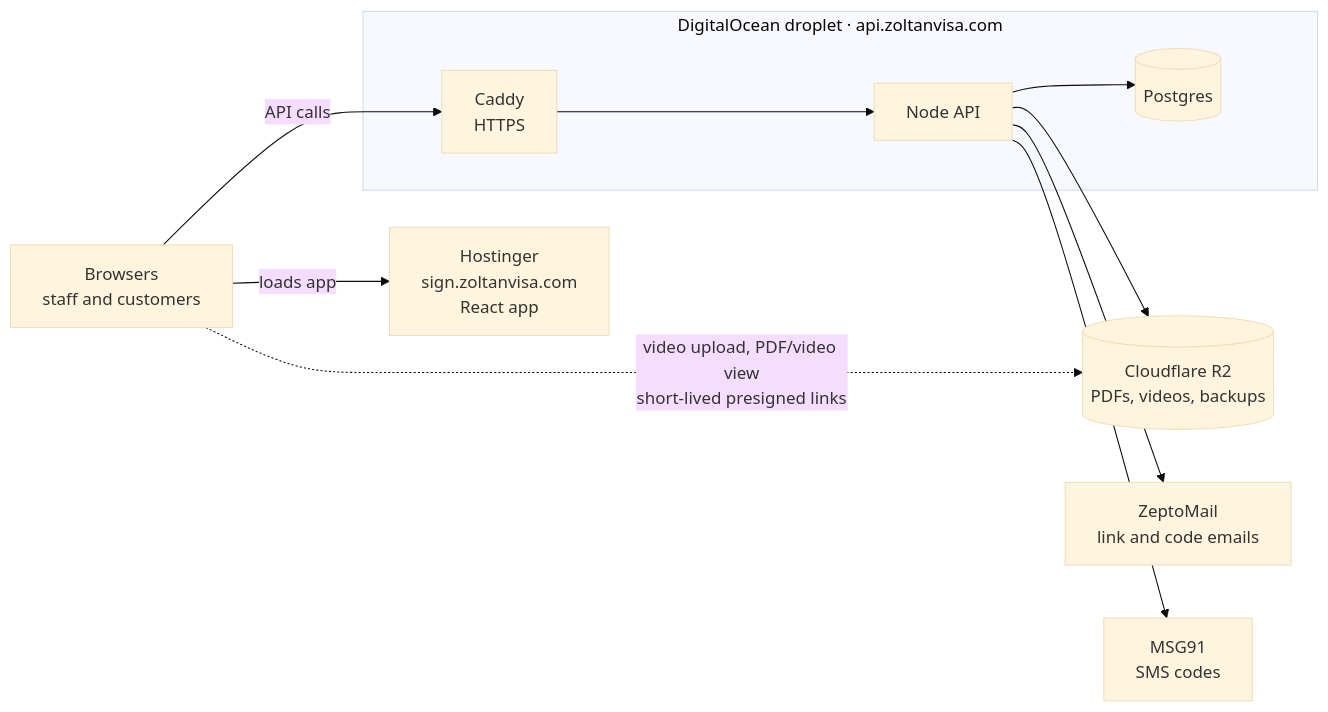
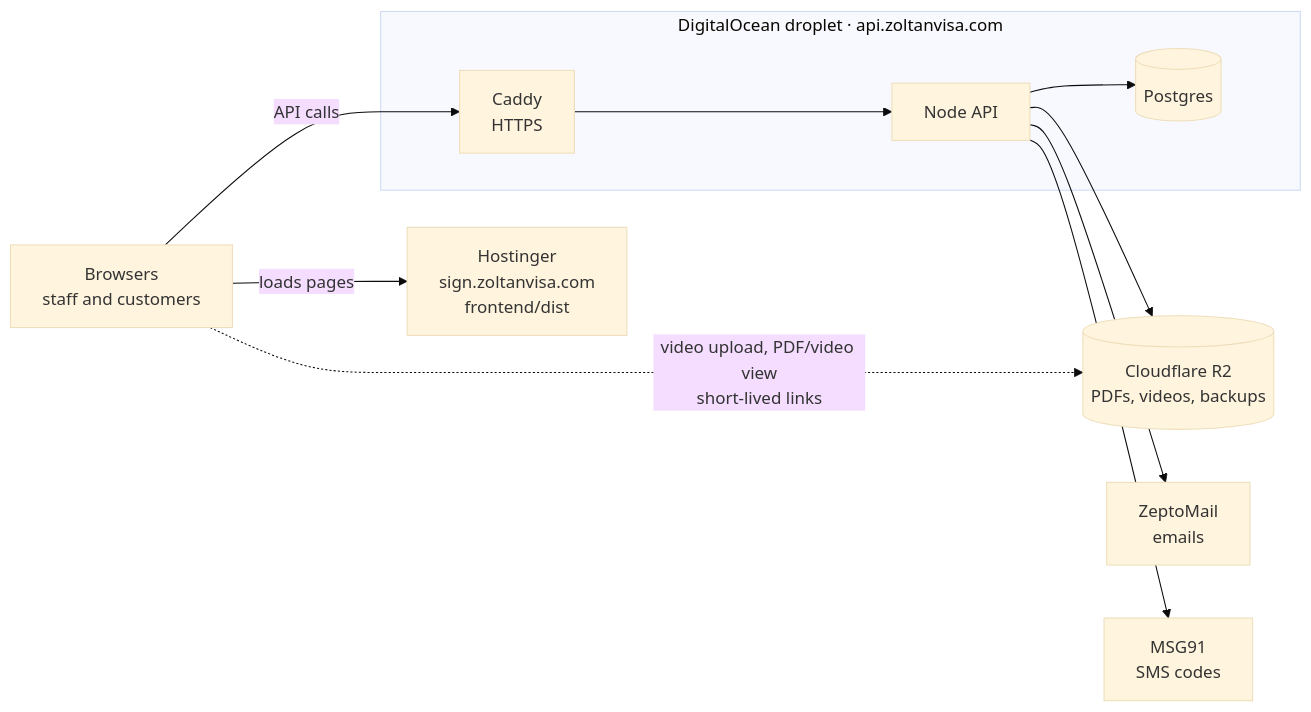
One commit to KaveemDev/zoltan-verification changed the diagram in README.md. Above: the diagram before and after it, drawn with Mermaid (base theme). The commit also changed other lines of this file, not shown here.

````diff
--- a/README.md
+++ b/README.md
@@ -31,17 +18,15 @@
 ```mermaid
 flowchart LR
   B[Browsers<br/>staff and customers]
-  H[Hostinger<br/>sign.zoltanvisa.com<br/>React app]
+  H[Hostinger<br/>sign.zoltanvisa.com<br/>frontend/dist]
   subgraph D[DigitalOcean droplet · api.zoltanvisa.com]
     C[Caddy<br/>HTTPS] --> A[Node API] --> P[(Postgres)]
   end
   R[(Cloudflare R2<br/>PDFs, videos, backups)]
-  Z[ZeptoMail<br/>link and code emails]
-  M[MSG91<br/>SMS codes]
-  B -->|loads app| H
+  B -->|loads pages| H
   B -->|API calls| C
-  B -.->|video upload, PDF/video view<br/>short-lived presigned links| R
+  B -.->|video upload, PDF/video view<br/>short-lived links| R
   A --> R
-  A --> Z
-  A --> M
+  A --> Z[ZeptoMail<br/>emails]
+  A --> M[MSG91<br/>SMS codes]
 ```
````
